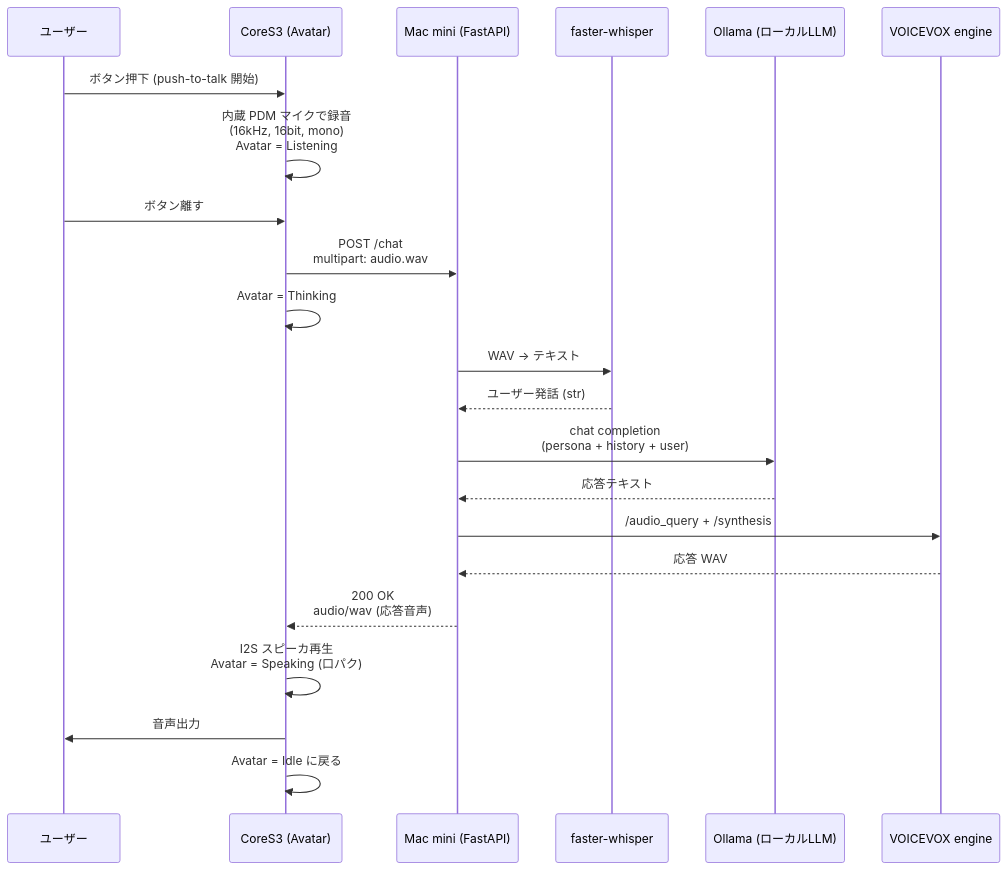
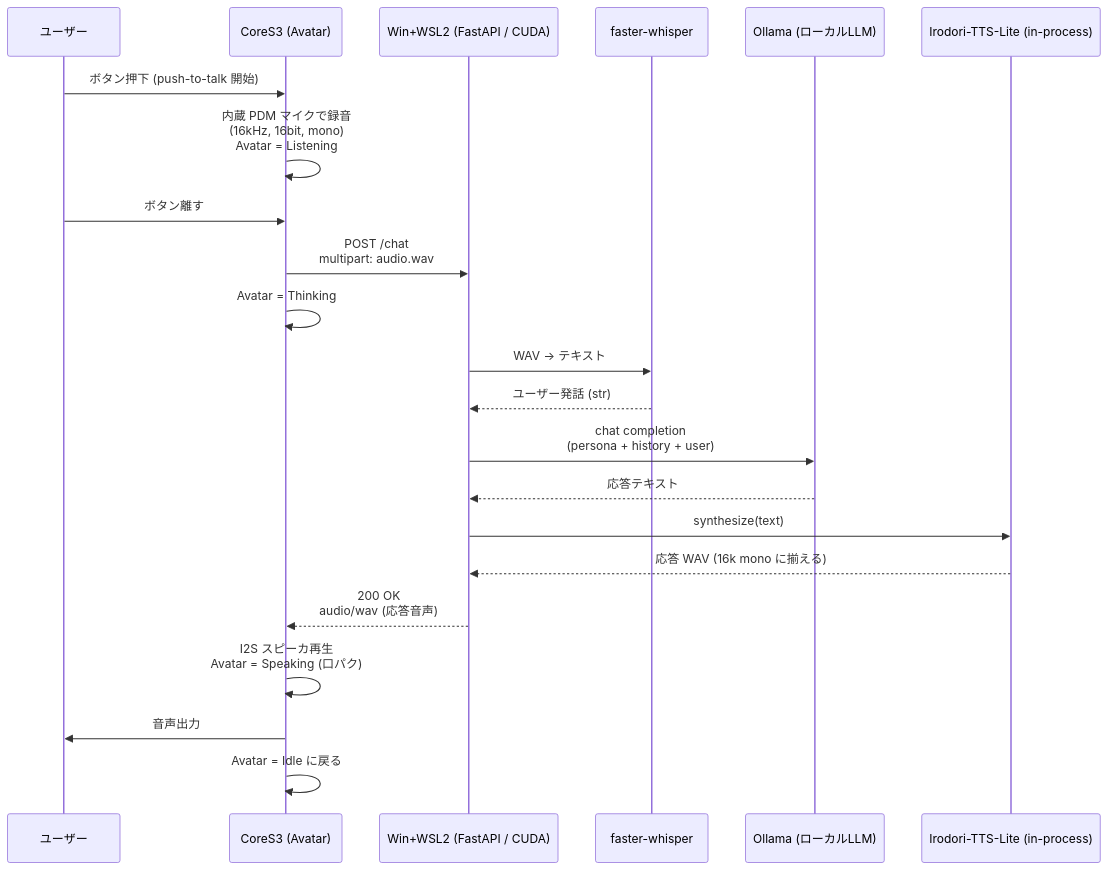
The diagram in docs/architecture.md (YosAwed/X68-Stackchan), drawn with Mermaid before and after one commit. The commit also changed other lines of this file and 7 other files, not shown here.

First line of the commit message:
Switch TTS backend from VOICEVOX to Irodori-TTS-Lite (CUDA / WSL2)

````diff
--- a/docs/architecture.md
+++ b/docs/architecture.md
@@ -5,25 +5,25 @@
 ```mermaid
 sequenceDiagram
     participant U as ユーザー
     participant D as CoreS3 (Avatar)
-    participant S as Mac mini (FastAPI)
+    participant S as Win+WSL2 (FastAPI / CUDA)
     participant W as faster-whisper
     participant L as Ollama (ローカルLLM)
-    participant V as VOICEVOX engine
+    participant V as Irodori-TTS-Lite (in-process)
 
     U->>D: ボタン押下 (push-to-talk 開始)
     D->>D: 内蔵 PDM マイクで録音<br/>(16kHz, 16bit, mono)<br/>Avatar = Listening
     U->>D: ボタン離す
     D->>S: POST /chat<br/>multipart: audio.wav
     D->>D: Avatar = Thinking
     S->>W: WAV → テキスト
     W-->>S: ユーザー発話 (str)
     S->>L: chat completion<br/>(persona + history + user)
     L-->>S: 応答テキスト
-    S->>V: /audio_query + /synthesis
-    V-->>S: 応答 WAV
+    S->>V: synthesize(text)
+    V-->>S: 応答 WAV (16k mono に揃える)
     S-->>D: 200 OK<br/>audio/wav (応答音声)
     D->>D: I2S スピーカ再生<br/>Avatar = Speaking (口パク)
     D->>U: 音声出力
     D->>D: Avatar = Idle に戻る
 ```
````
